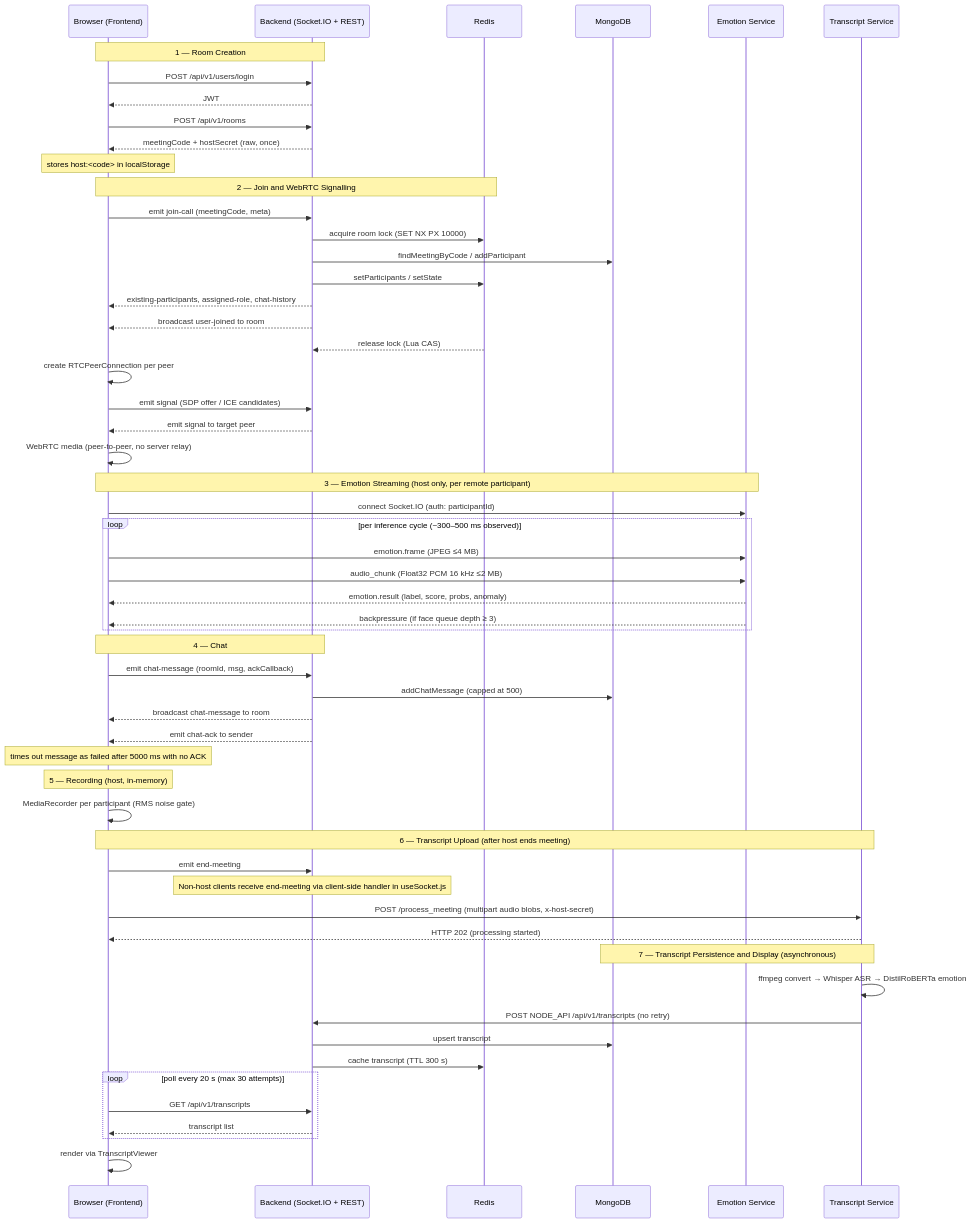
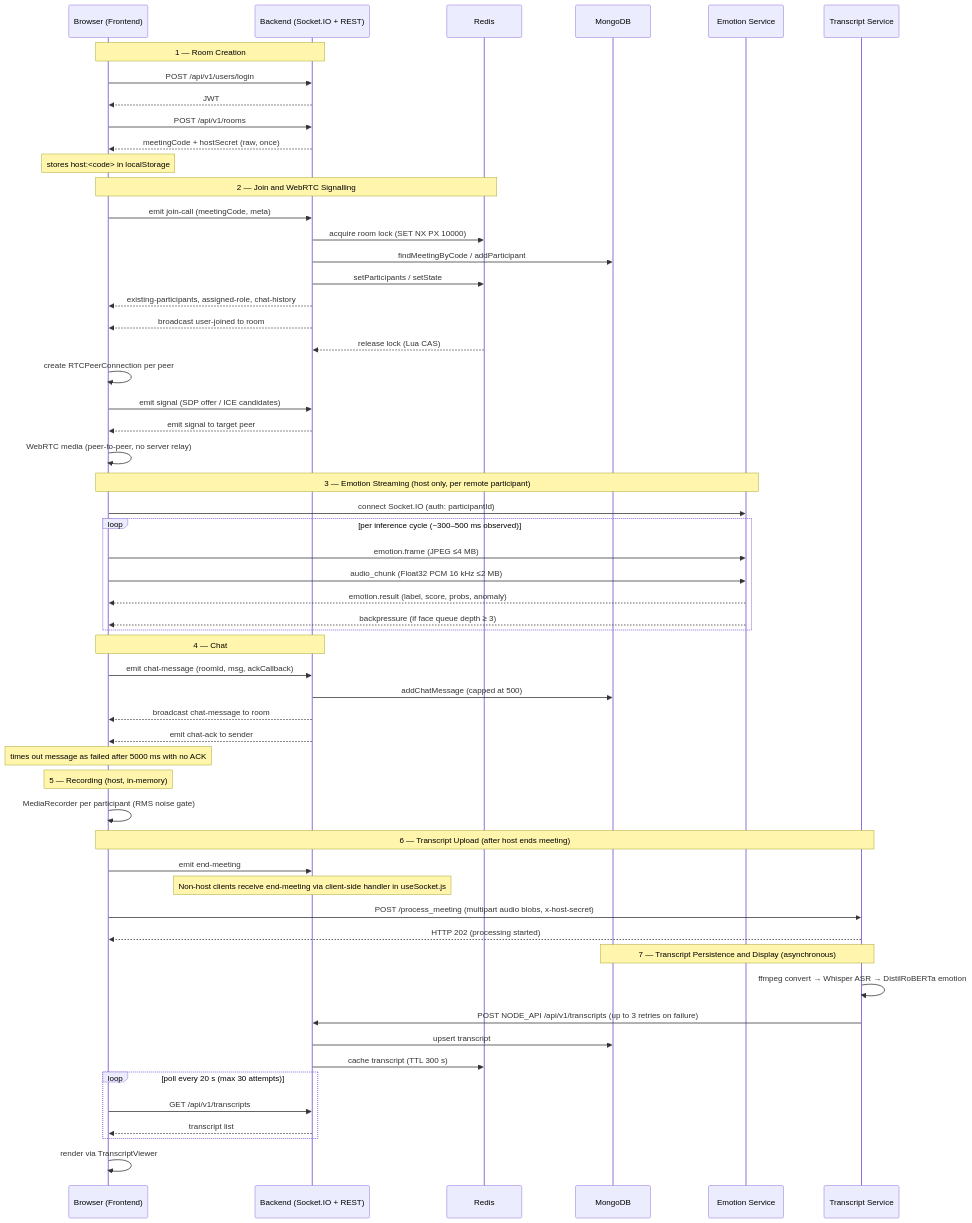
The third of 9 diagrams in README.md (AnupamKumar-1/Hoovik), drawn with Mermaid before and after one commit. The commit also changed other lines of this file and 4 other files, not shown here.

````diff
--- a/README.md
+++ b/README.md
@@ -231,65 +231,65 @@
 ```mermaid
 sequenceDiagram
     participant FE as Browser (Frontend)
     participant BE as Backend (Socket.IO + REST)
     participant RD as Redis
     participant MG as MongoDB
     participant EM as Emotion Service
     participant TS as Transcript Service
 
     Note over FE,BE: 1 — Room Creation
     FE->>BE: POST /api/v1/users/login
     BE-->>FE: JWT
     FE->>BE: POST /api/v1/rooms
     BE-->>FE: meetingCode + hostSecret (raw, once)
     Note over FE: stores host:<code> in localStorage
 
     Note over FE,RD: 2 — Join and WebRTC Signalling
     FE->>BE: emit join-call (meetingCode, meta)
     BE->>RD: acquire room lock (SET NX PX 10000)
     BE->>MG: findMeetingByCode / addParticipant
     BE->>RD: setParticipants / setState
     BE-->>FE: existing-participants, assigned-role, chat-history
     BE-->>FE: broadcast user-joined to room
     RD-->>BE: release lock (Lua CAS)
     FE->>FE: create RTCPeerConnection per peer
     FE->>BE: emit signal (SDP offer / ICE candidates)
     BE-->>FE: emit signal to target peer
     FE->>FE: WebRTC media (peer-to-peer, no server relay)
 
     Note over FE,EM: 3 — Emotion Streaming (host only, per remote participant)
     FE->>EM: connect Socket.IO (auth: participantId)
     loop per inference cycle (~300–500 ms observed)
         FE->>EM: emotion.frame (JPEG ≤4 MB)
         FE->>EM: audio_chunk (Float32 PCM 16 kHz ≤2 MB)
         EM-->>FE: emotion.result (label, score, probs, anomaly)
         EM-->>FE: backpressure (if face queue depth ≥ 3)
     end
 
     Note over FE,BE: 4 — Chat
     FE->>BE: emit chat-message (roomId, msg, ackCallback)
     BE->>MG: addChatMessage (capped at 500)
     BE-->>FE: broadcast chat-message to room
     BE-->>FE: emit chat-ack to sender
     Note over FE: times out message as failed after 5000 ms with no ACK
 
     Note over FE: 5 — Recording (host, in-memory)
     FE->>FE: MediaRecorder per participant (RMS noise gate)
 
     Note over FE,TS: 6 — Transcript Upload (after host ends meeting)
     FE->>BE: emit end-meeting
     Note over BE: Non-host clients receive end-meeting via client-side handler in useSocket.js
     FE->>TS: POST /process_meeting (multipart audio blobs, x-host-secret)
     TS-->>FE: HTTP 202 (processing started)
 
     Note over TS,MG: 7 — Transcript Persistence and Display (asynchronous)
     TS->>TS: ffmpeg convert → Whisper ASR → DistilRoBERTa emotion
-    TS->>BE: POST NODE_API /api/v1/transcripts (no retry)
+    TS->>BE: POST NODE_API /api/v1/transcripts (up to 3 retries on failure)
     BE->>MG: upsert transcript
     BE->>RD: cache transcript (TTL 300 s)
     loop poll every 20 s (max 30 attempts)
         FE->>BE: GET /api/v1/transcripts
         BE-->>FE: transcript list
     end
     FE->>FE: render via TranscriptViewer
 ```
````
